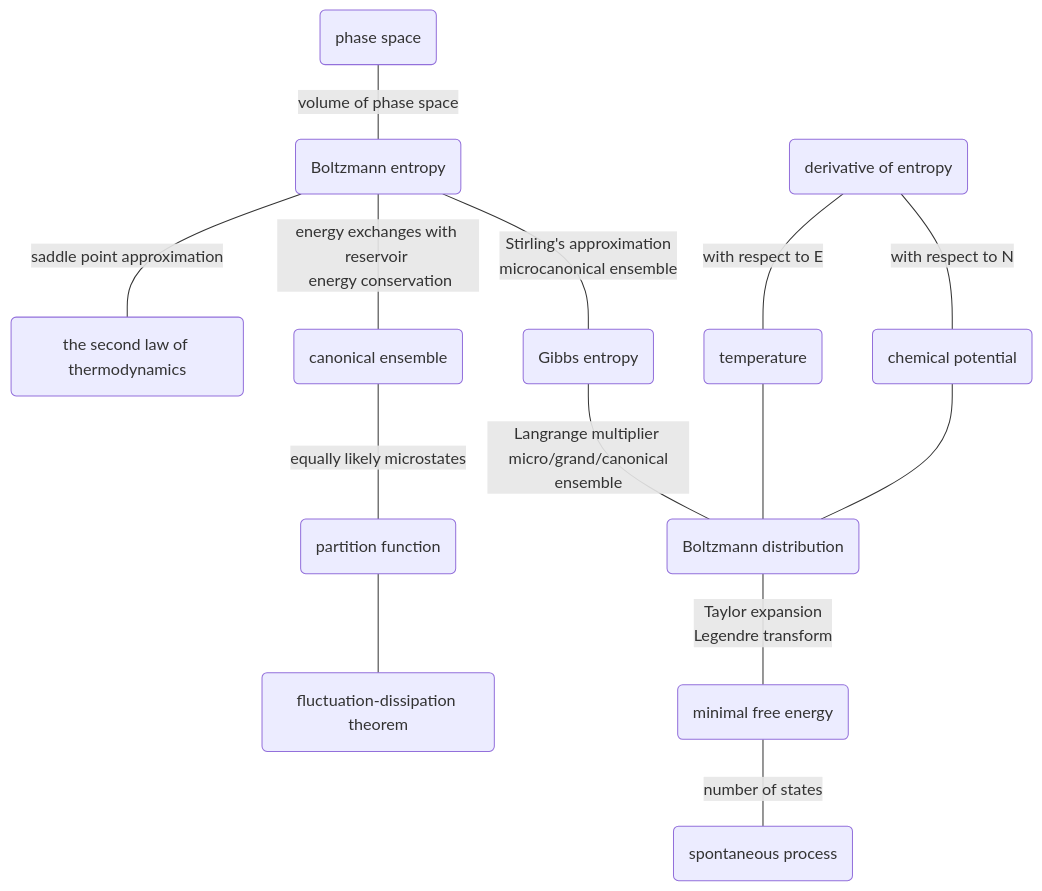
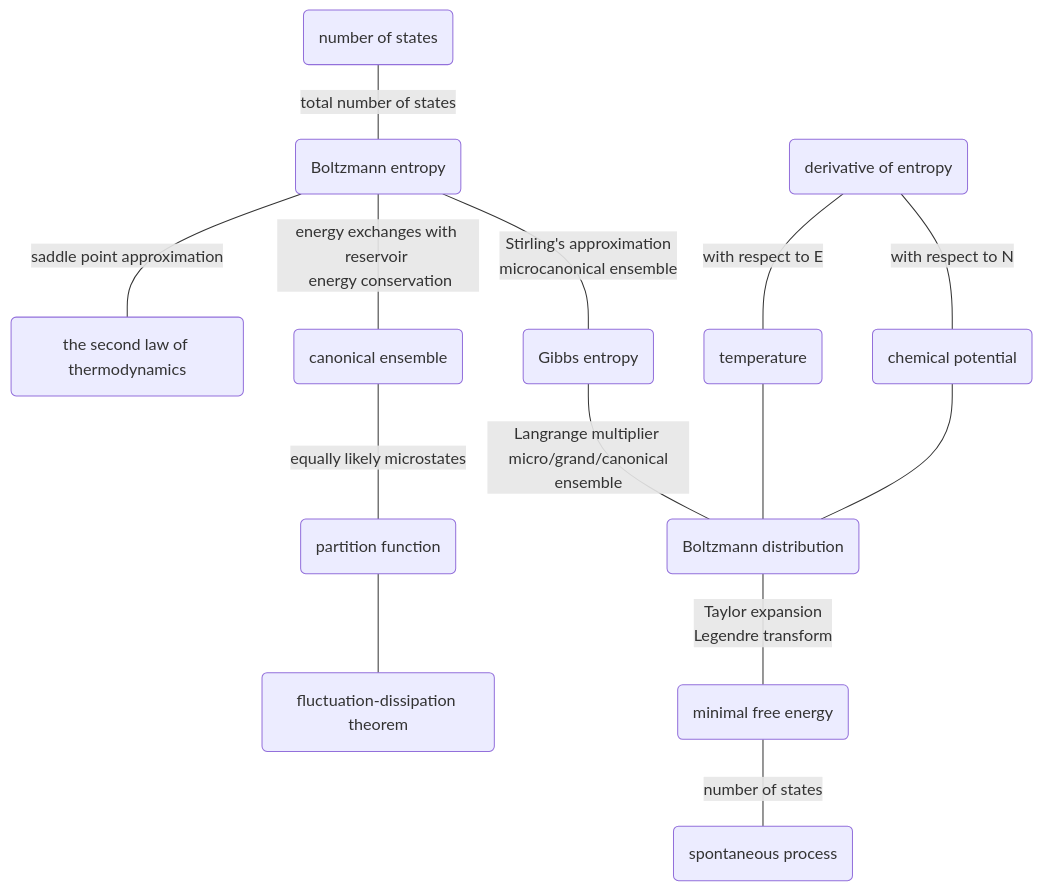
The diagram in source/_posts/fundamentals-of-statistical-mechanics.md (psichen/psichen.github.io), drawn with Mermaid before and after one commit. The commit also changed other lines of this file and 2 other files, not shown here.

````diff
--- a/source/_posts/fundamentals-of-statistical-mechanics.md
+++ b/source/_posts/fundamentals-of-statistical-mechanics.md
@@ -11,39 +11,39 @@
 ``` mermaid
 flowchart TB
 
 %% OBJECTS====================
-phase(phase space)
+number(number of states)
 Boltzmann_entropy(Boltzmann entropy)
 second_law(the second law of thermodynamics)
 
 derivative(derivative of entropy)
 temperature(temperature)
 chemical_potential(chemical potential)
 
 canonical(canonical ensemble)
 partition(partition function)
 fluctuation_dissipation(fluctuation-dissipation theorem)
 
 Gibbs_entropy(Gibbs entropy)
 Boltzmann_distribution(Boltzmann distribution)
 minimal_free_energy(minimal free energy)
 spontaneous(spontaneous process)
 
 %% RELATIONS====================
-phase --- |volume of phase space| Boltzmann_entropy 
+number --- |total number of states| Boltzmann_entropy 
 Boltzmann_entropy --- |saddle point approximation| second_law
 
 Boltzmann_entropy --- |Stirling's approximation \n microcanonical ensemble| Gibbs_entropy
 Gibbs_entropy --- |Langrange multiplier \n micro/grand/canonical ensemble| Boltzmann_distribution
 Boltzmann_distribution --- |Taylor expansion \n Legendre transform| minimal_free_energy
 minimal_free_energy --- |number of states| spontaneous
 
 Boltzmann_entropy --- |energy exchanges with reservoir \n energy conservation| canonical
 canonical --- |equally likely microstates| partition
 partition --- fluctuation_dissipation
 
 derivative --- |with respect to E| temperature
 derivative --- |with respect to N| chemical_potential
 temperature --- Boltzmann_distribution
 chemical_potential --- Boltzmann_distribution
 ```
````
